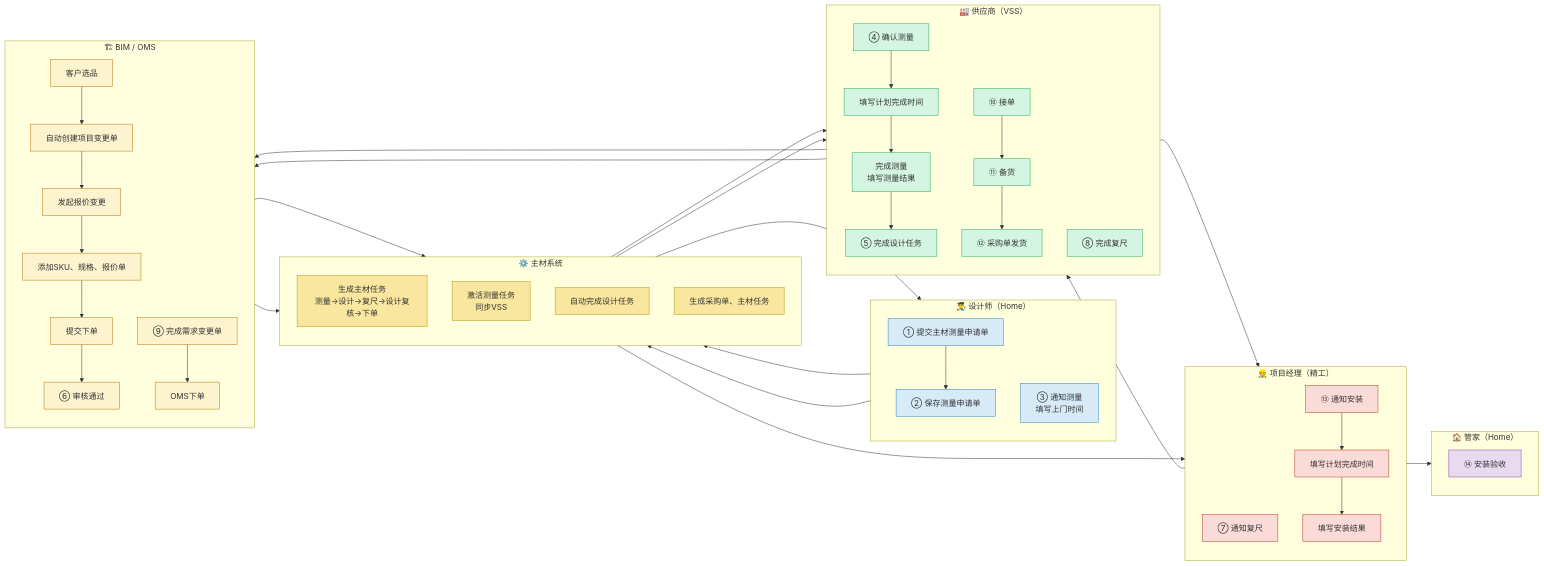
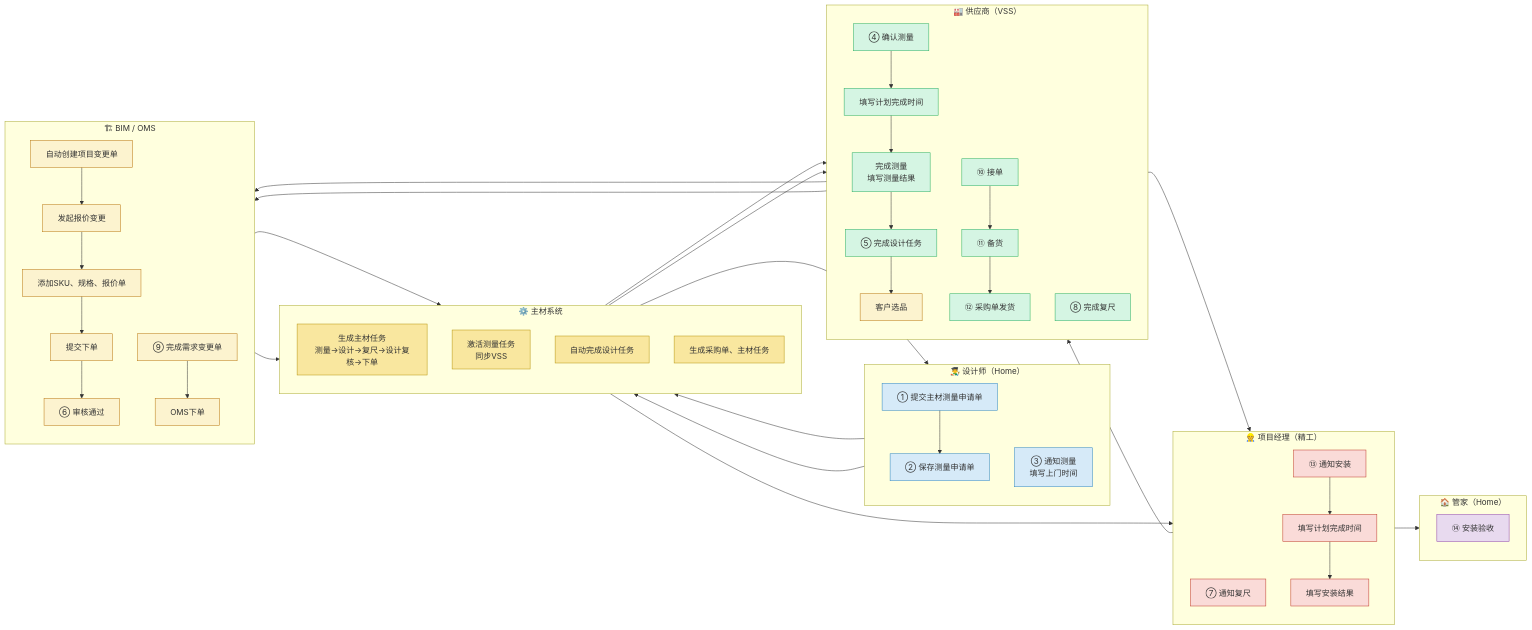
Before and after one commit to M2025-lab/obsodian: the second of 9 diagrams in 新人串讲/新人第一次串讲.md, drawn with Mermaid. The commit also changed other lines of this file and 1 other file, not shown here.

```diff
--- a/新人串讲/新人第一次串讲.md
+++ b/新人串讲/新人第一次串讲.md
@@ -119,6 +133,8 @@
 
 V8["⑫ 采购单发货"]
 
+B1["客户选品"]
+
 end
 
 %% ===========================
@@ -127,7 +143,7 @@
 subgraph Platform["🏗 BIM / OMS"]
 direction TB
 
-B1["客户选品"]
+
 
 B2["自动创建项目变更单"]
 
```
